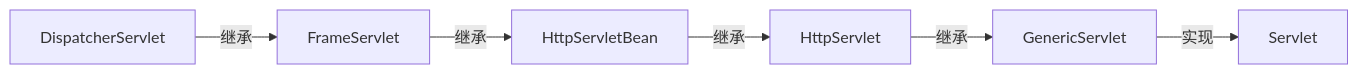
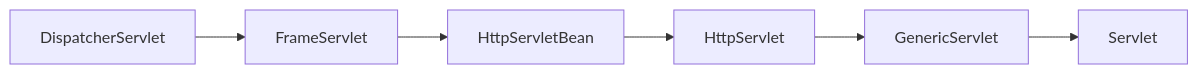
One commit to Icker/blog changed the third of 5 diagrams in 源码分析/spring5.md. Above: the diagram before and after it, drawn with Mermaid. The commit also changed other lines of this file, not shown here.

Commit message:
测试流程图

````diff
--- a/源码分析/spring5.md
+++ b/源码分析/spring5.md
@@ -221,8 +221,8 @@
 ```mermaid
 graph LR
-DispatcherServlet--继承-->FrameServlet
-FrameServlet--继承-->HttpServletBean
-HttpServletBean--继承-->HttpServlet
-HttpServlet--继承-->GenericServlet
-GenericServlet--实现-->Servlet
+DispatcherServlet-->FrameServlet
+FrameServlet-->HttpServletBean
+HttpServletBean-->HttpServlet
+HttpServlet-->GenericServlet
+GenericServlet-->Servlet
 ```
````
